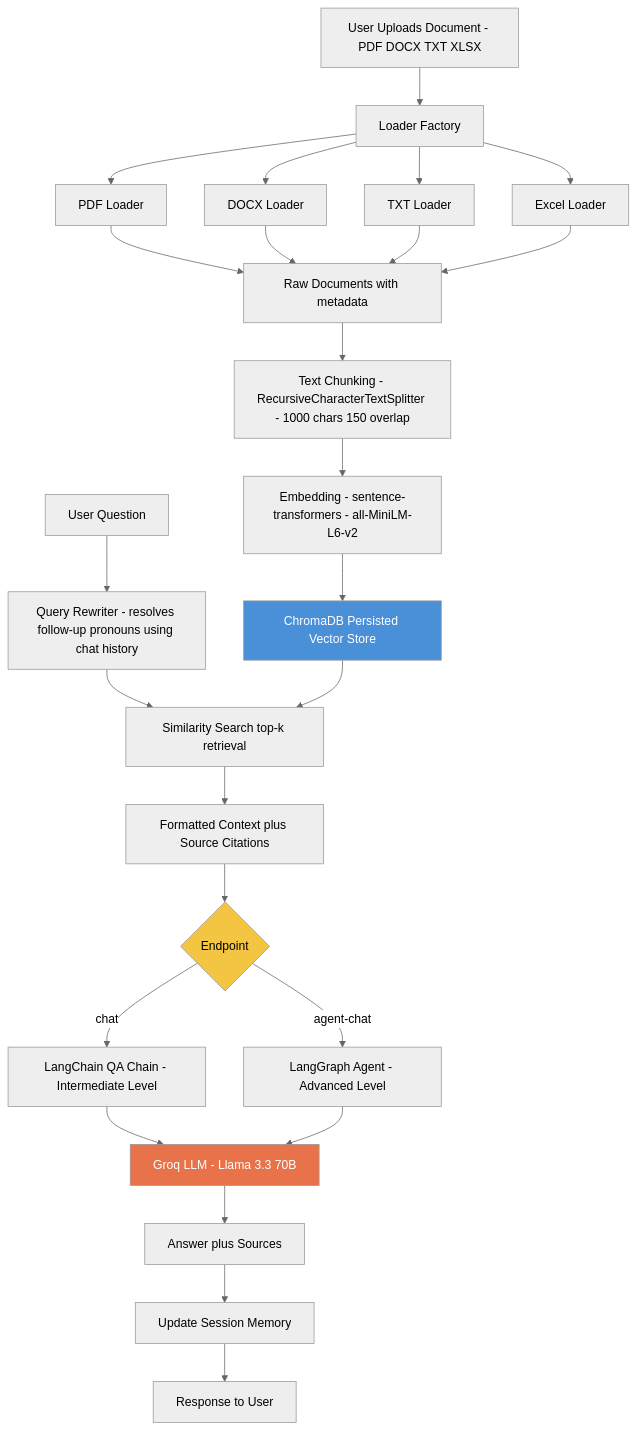
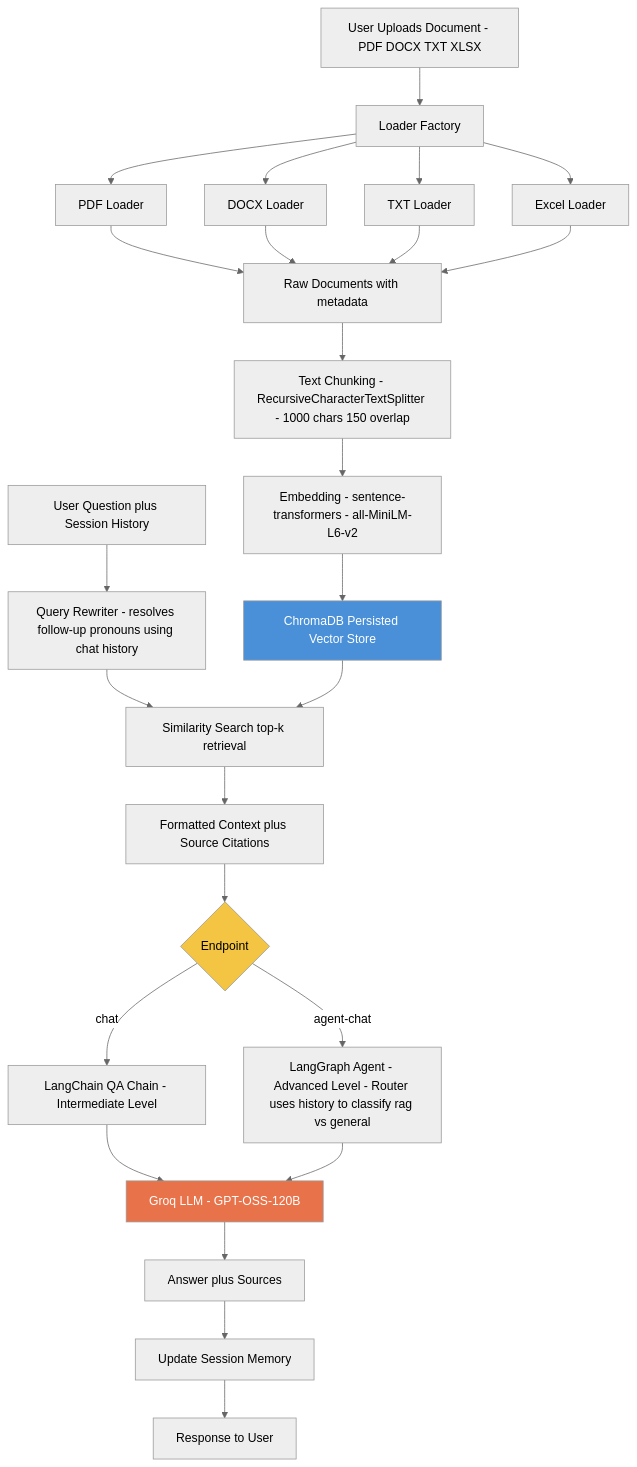
Before and after one commit to SameerAhmedAI/Rag-Chatbot-LangGraph: the diagram in docs/architecture_file.mmd, drawn with Mermaid (neutral theme). The commit also changed 5 other files, not shown here.

Commit message:
Finalize Task 3: case-study README, corrected model name in docs, router history-awareness fix

```diff
--- a/docs/architecture_file.mmd
+++ b/docs/architecture_file.mmd
@@ -1,28 +1,28 @@
 graph TD
     A[User Uploads Document - PDF DOCX TXT XLSX] --> B[Loader Factory]
     B --> C1[PDF Loader]
     B --> C2[DOCX Loader]
     B --> C3[TXT Loader]
     B --> C4[Excel Loader]
     C1 --> D[Raw Documents with metadata]
     C2 --> D
     C3 --> D
     C4 --> D
     D --> E[Text Chunking - RecursiveCharacterTextSplitter - 1000 chars 150 overlap]
     E --> F[Embedding - sentence-transformers - all-MiniLM-L6-v2]
     F --> G[ChromaDB Persisted Vector Store]
-    H[User Question] --> I[Query Rewriter - resolves follow-up pronouns using chat history]
+    H[User Question plus Session History] --> I[Query Rewriter - resolves follow-up pronouns using chat history]
     I --> J[Similarity Search top-k retrieval]
     G --> J
     J --> K[Formatted Context plus Source Citations]
     K --> L{Endpoint}
     L -->|chat| M[LangChain QA Chain - Intermediate Level]
-    L -->|agent-chat| N[LangGraph Agent - Advanced Level]
-    M --> O[Groq LLM - Llama 3.3 70B]
+    L -->|agent-chat| N[LangGraph Agent - Advanced Level - Router uses history to classify rag vs general]
+    M --> O[Groq LLM - GPT-OSS-120B]
     N --> O
     O --> P[Answer plus Sources]
     P --> Q[Update Session Memory]
     Q --> R[Response to User]
     style G fill:#4a90d9,color:#fff
     style O fill:#e8734a,color:#fff
     style L fill:#f4c542,color:#000
```
